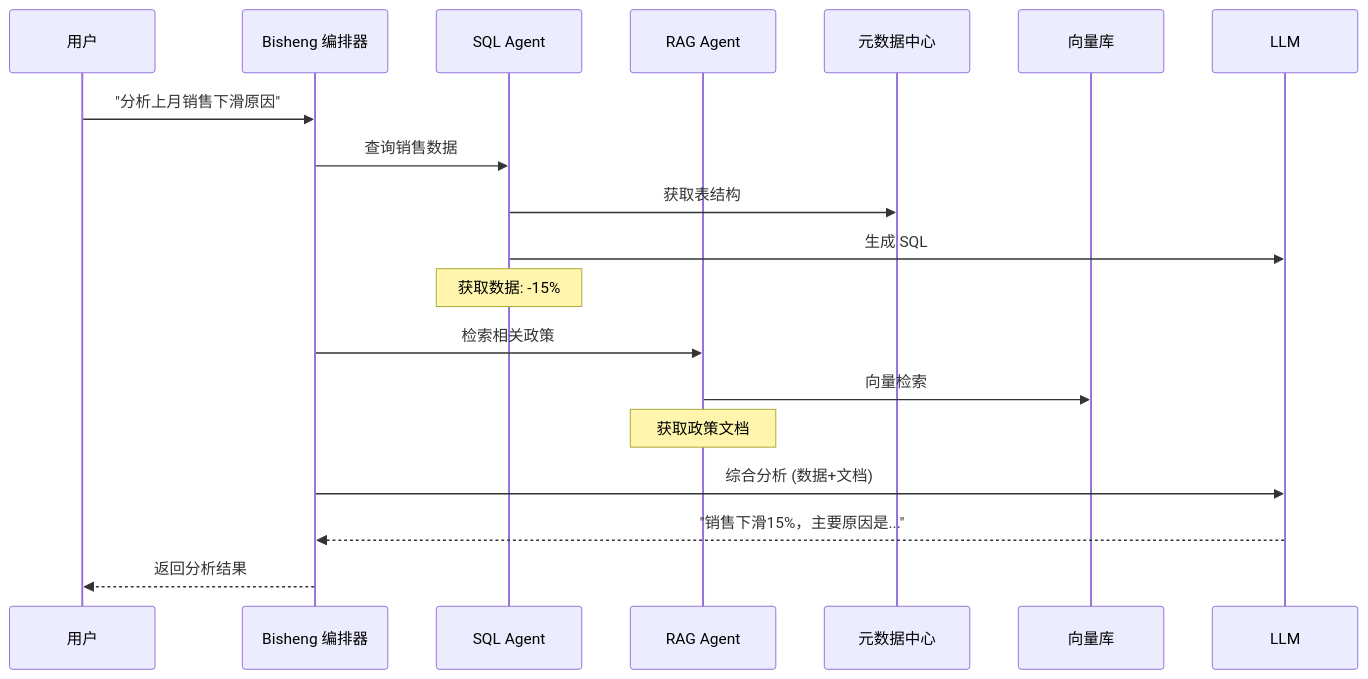
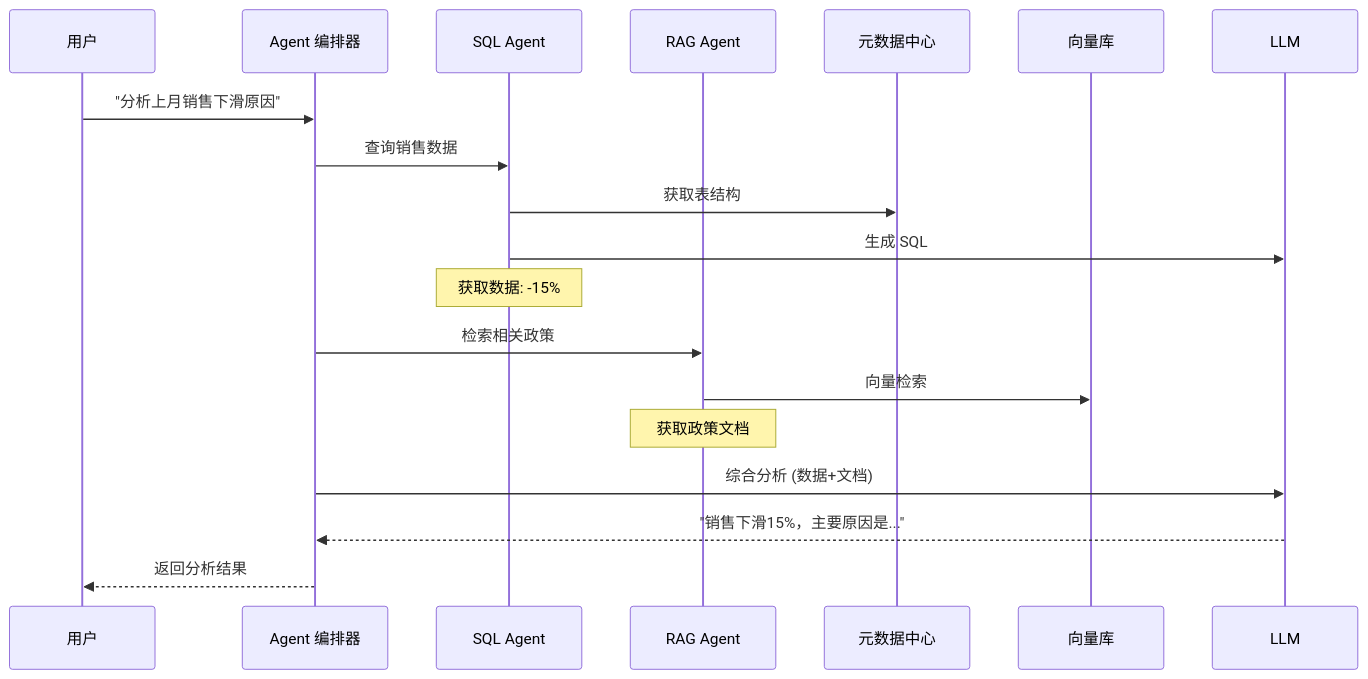
Before and after one commit to iannil/one-data-studio: the third of 3 diagrams in docs/02-integration/data-agent.md, drawn with Mermaid. The commit also changed other lines of this file and 58 other files, not shown here.

````diff
--- a/docs/02-integration/data-agent.md
+++ b/docs/02-integration/data-agent.md
@@ -76,24 +76,24 @@
 ```mermaid
 sequenceDiagram
     participant User as 用户
-    participant Bisheng as Bisheng 编排器
+    participant Agent as Agent 编排器
     participant SQLAgent as SQL Agent
     participant RAGAgent as RAG Agent
     participant Meta as 元数据中心
     participant VectorDB as 向量库
     participant LLM as LLM
 
-    User->>Bisheng: "分析上月销售下滑原因"
-    Bisheng->>SQLAgent: 查询销售数据
+    User->>Agent: "分析上月销售下滑原因"
+    Agent->>SQLAgent: 查询销售数据
     SQLAgent->>Meta: 获取表结构
     SQLAgent->>LLM: 生成 SQL
     Note over SQLAgent: 获取数据: -15%
 
-    Bisheng->>RAGAgent: 检索相关政策
+    Agent->>RAGAgent: 检索相关政策
     RAGAgent->>VectorDB: 向量检索
     Note over RAGAgent: 获取政策文档
 
-    Bisheng->>LLM: 综合分析 (数据+文档)
-    LLM-->>Bisheng: "销售下滑15%，主要原因是..."
-    Bisheng-->>User: 返回分析结果
+    Agent->>LLM: 综合分析 (数据+文档)
+    LLM-->>Agent: "销售下滑15%，主要原因是..."
+    Agent-->>User: 返回分析结果
 ```
````
